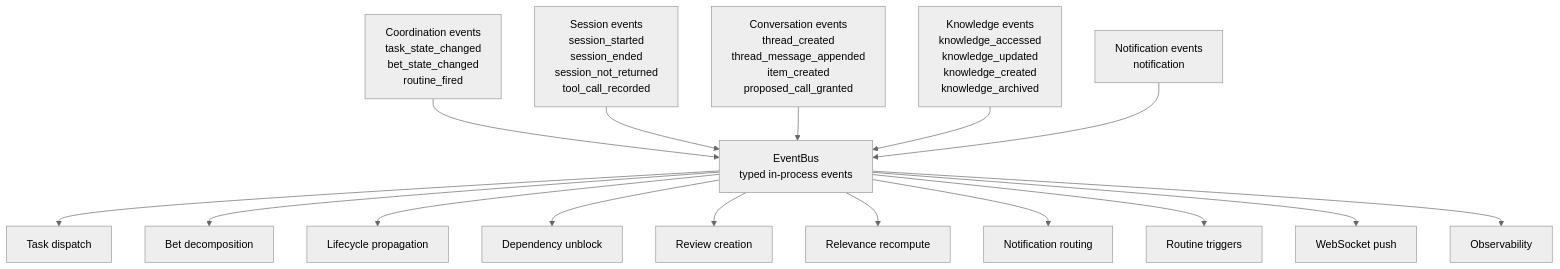
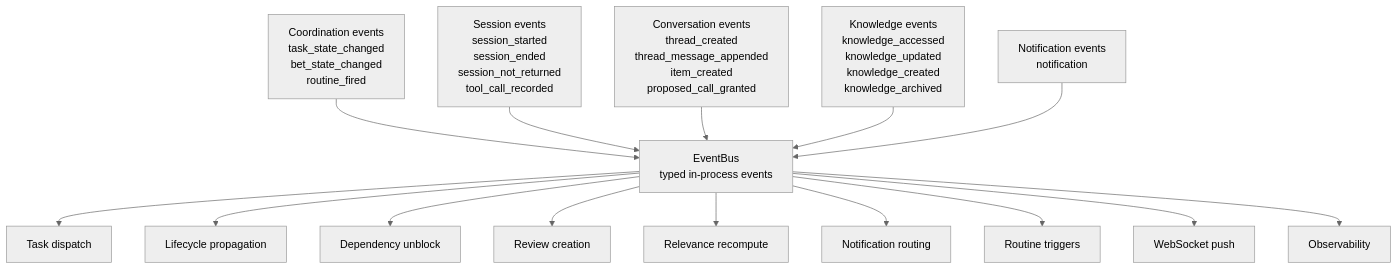
Diagram 11 of 12 in docs/architecture/as-implemented-domain-architecture.md (idle-builders/hyperidle), drawn with Mermaid (neutral theme) before and after one commit. The commit also changed other lines of this file and 54 other files, not shown here.

````diff
--- a/docs/architecture/as-implemented-domain-architecture.md
+++ b/docs/architecture/as-implemented-domain-architecture.md
@@ -343,21 +339,20 @@
 ```mermaid
 flowchart TB
   EventBus["EventBus\ntyped in-process events"]
 
   CoordinationEvents["Coordination events\ntask_state_changed\nbet_state_changed\nroutine_fired"] --> EventBus
   SessionEvents["Session events\nsession_started\nsession_ended\nsession_not_returned\ntool_call_recorded"] --> EventBus
   ConversationEvents["Conversation events\nthread_created\nthread_message_appended\nitem_created\nproposed_call_granted"] --> EventBus
   KnowledgeEvents["Knowledge events\nknowledge_accessed\nknowledge_updated\nknowledge_created\nknowledge_archived"] --> EventBus
   NotificationEvents["Notification events\nnotification"] --> EventBus
 
   EventBus --> TaskDispatch["Task dispatch"]
-  EventBus --> Decomposition["Bet decomposition"]
   EventBus --> Lifecycle["Lifecycle propagation"]
   EventBus --> Dependency["Dependency unblock"]
   EventBus --> ReviewCreation["Review creation"]
   EventBus --> Relevance["Relevance recompute"]
   EventBus --> Notifications["Notification routing"]
   EventBus --> Routines["Routine triggers"]
   EventBus --> Push["WebSocket push"]
   EventBus --> Observability["Observability"]
 ```
````
